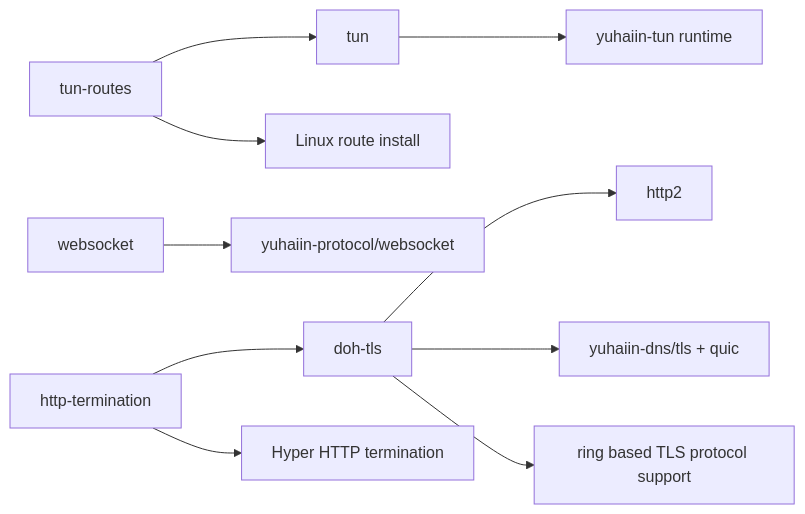
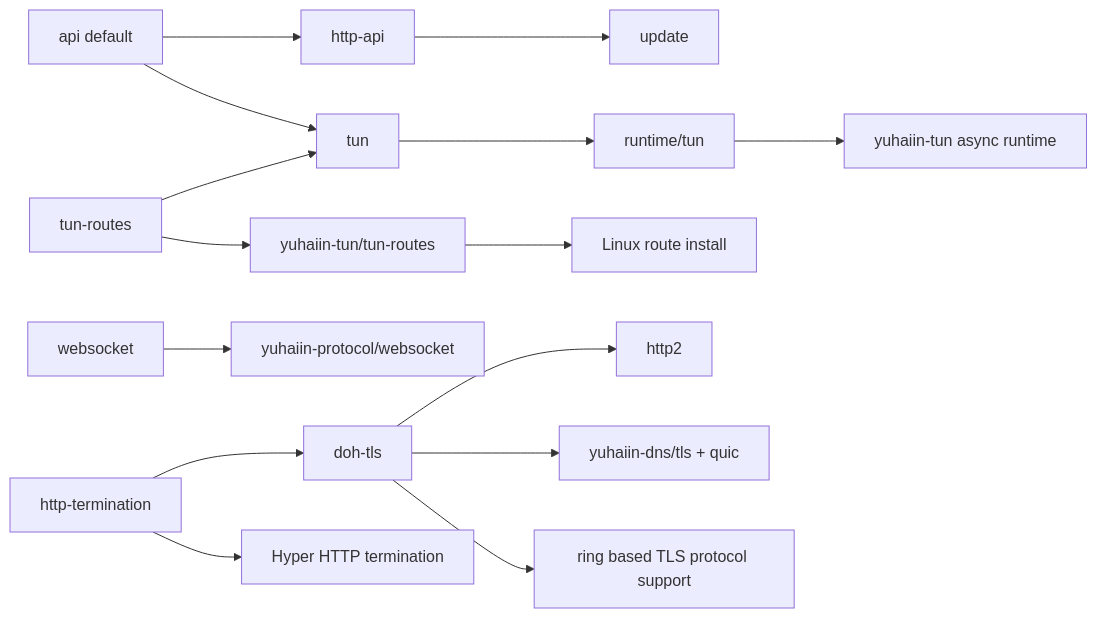
Before and after one commit to yuhaiin/doradus: the second of 18 diagrams in docs/ARCHITECTURE.md, drawn with Mermaid. The commit also changed other lines of this file and 43 other files, not shown here.

````diff
--- a/docs/ARCHITECTURE.md
+++ b/docs/ARCHITECTURE.md
@@ -147,12 +155,17 @@
 ```mermaid
 graph LR
-    TUN[tun] --> TUNCRATE[yuhaiin-tun runtime]
+    API[api default] --> HTTPAPI[http-api]
+    HTTPAPI --> UPDATE[update]
+    API --> TUN[tun]
+    TUN --> RUNTIME_TUN[runtime/tun]
+    RUNTIME_TUN --> TUNCRATE[yuhaiin-tun async runtime]
     ROUTES[tun-routes] --> TUN
-    ROUTES --> LINUX[Linux route install]
+    ROUTES --> TUNROUTES[yuhaiin-tun/tun-routes]
+    TUNROUTES --> LINUX[Linux route install]
     DOH[doh-tls] --> H2[http2]
     DOH --> DNS_TLS[yuhaiin-dns/tls + quic]
     DOH --> RUSTLS[ring based TLS protocol support]
     WS[websocket] --> WS_PROTO[yuhaiin-protocol/websocket]
     TERM[http-termination] --> DOH
     TERM --> HYPER[Hyper HTTP termination]
 ```
````
